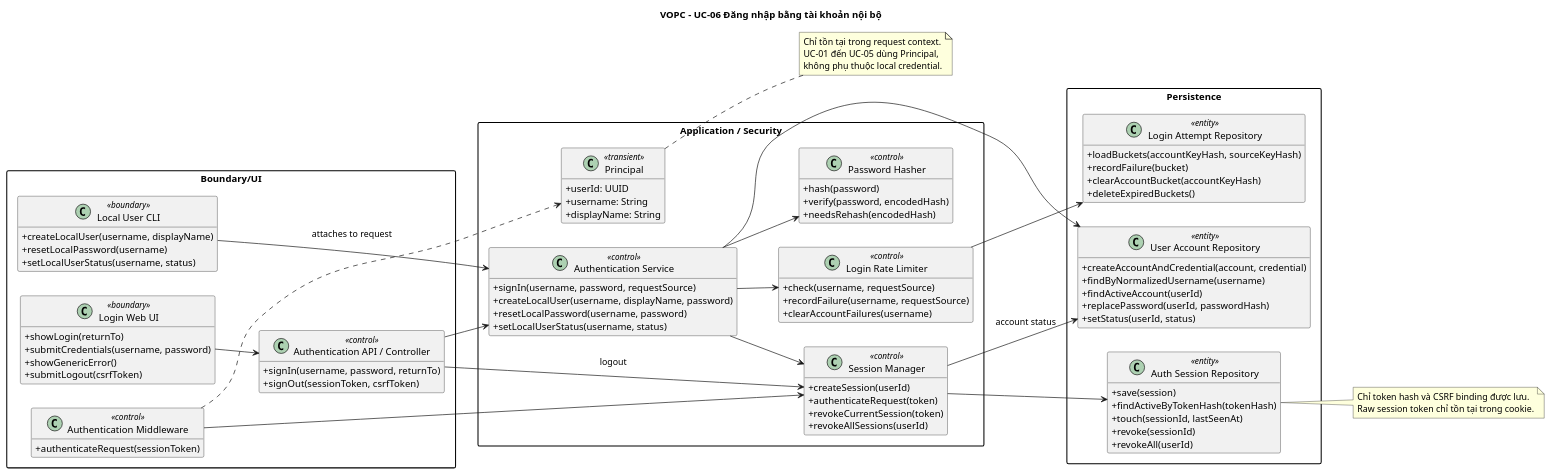
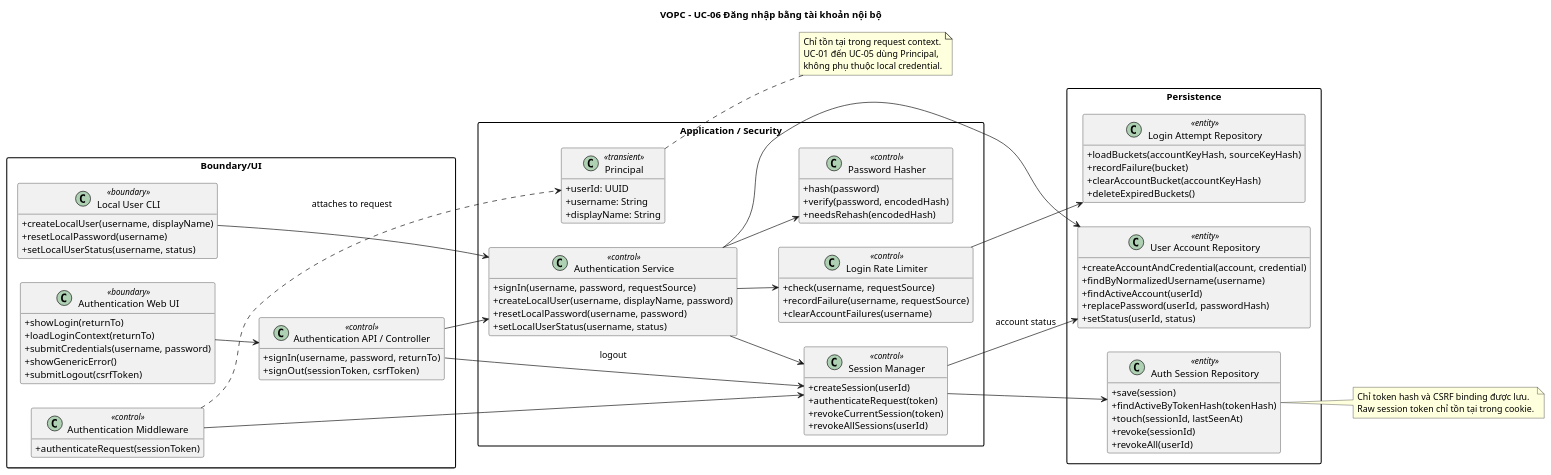
Before and after one commit to pr3s3nt/final_idp: the diagram in docs/use-cases/UC-06/vopc.puml, drawn with PlantUML. The commit also changed 16 other files, not shown here.

```diff
--- a/docs/use-cases/UC-06/vopc.puml
+++ b/docs/use-cases/UC-06/vopc.puml
@@ -1,108 +1,109 @@
 @startuml
 title VOPC - UC-06 Đăng nhập bằng tài khoản nội bộ
 
 left to right direction
 skinparam packageStyle rectangle
 skinparam classAttributeIconSize 0
 hide empty members
 
 package "Boundary/UI" {
-  class "Login Web UI" as LoginUI <<boundary>> {
+  class "Authentication Web UI" as LoginUI <<boundary>> {
     +showLogin(returnTo)
+    +loadLoginContext(returnTo)
     +submitCredentials(username, password)
     +showGenericError()
     +submitLogout(csrfToken)
   }
   class "Authentication API / Controller" as AuthAPI <<control>> {
     +signIn(username, password, returnTo)
     +signOut(sessionToken, csrfToken)
   }
   class "Authentication Middleware" as AuthMiddleware <<control>> {
     +authenticateRequest(sessionToken)
   }
   class "Local User CLI" as UserCLI <<boundary>> {
     +createLocalUser(username, displayName)
     +resetLocalPassword(username)
     +setLocalUserStatus(username, status)
   }
 }
 
 package "Application / Security" {
   class "Authentication Service" as AuthService <<control>> {
     +signIn(username, password, requestSource)
     +createLocalUser(username, displayName, password)
     +resetLocalPassword(username, password)
     +setLocalUserStatus(username, status)
   }
   class "Password Hasher" as PasswordHasher <<control>> {
     +hash(password)
     +verify(password, encodedHash)
     +needsRehash(encodedHash)
   }
   class "Session Manager" as SessionManager <<control>> {
     +createSession(userId)
     +authenticateRequest(token)
     +revokeCurrentSession(token)
     +revokeAllSessions(userId)
   }
   class "Login Rate Limiter" as RateLimiter <<control>> {
     +check(username, requestSource)
     +recordFailure(username, requestSource)
     +clearAccountFailures(username)
   }
   class "Principal" as Principal <<transient>> {
     +userId: UUID
     +username: String
     +displayName: String
   }
 }
 
 package "Persistence" {
   class "User Account Repository" as UserRepo <<entity>> {
     +createAccountAndCredential(account, credential)
     +findByNormalizedUsername(username)
     +findActiveAccount(userId)
     +replacePassword(userId, passwordHash)
     +setStatus(userId, status)
   }
   class "Auth Session Repository" as SessionRepo <<entity>> {
     +save(session)
     +findActiveByTokenHash(tokenHash)
     +touch(sessionId, lastSeenAt)
     +revoke(sessionId)
     +revokeAll(userId)
   }
   class "Login Attempt Repository" as AttemptRepo <<entity>> {
     +loadBuckets(accountKeyHash, sourceKeyHash)
     +recordFailure(bucket)
     +clearAccountBucket(accountKeyHash)
     +deleteExpiredBuckets()
   }
 }
 
 LoginUI --> AuthAPI
 AuthAPI --> AuthService
 AuthAPI --> SessionManager : logout
 AuthMiddleware --> SessionManager
 AuthMiddleware ..> Principal : attaches to request
 UserCLI --> AuthService
 AuthService --> PasswordHasher
 AuthService --> SessionManager
 AuthService --> RateLimiter
 AuthService --> UserRepo
 SessionManager --> SessionRepo
 SessionManager --> UserRepo : account status
 RateLimiter --> AttemptRepo
 
 note right of Principal
   Chỉ tồn tại trong request context.
   UC-01 đến UC-05 dùng Principal,
   không phụ thuộc local credential.
 end note
 
 note right of SessionRepo
   Chỉ token hash và CSRF binding được lưu.
   Raw session token chỉ tồn tại trong cookie.
 end note
 
 @enduml
```
